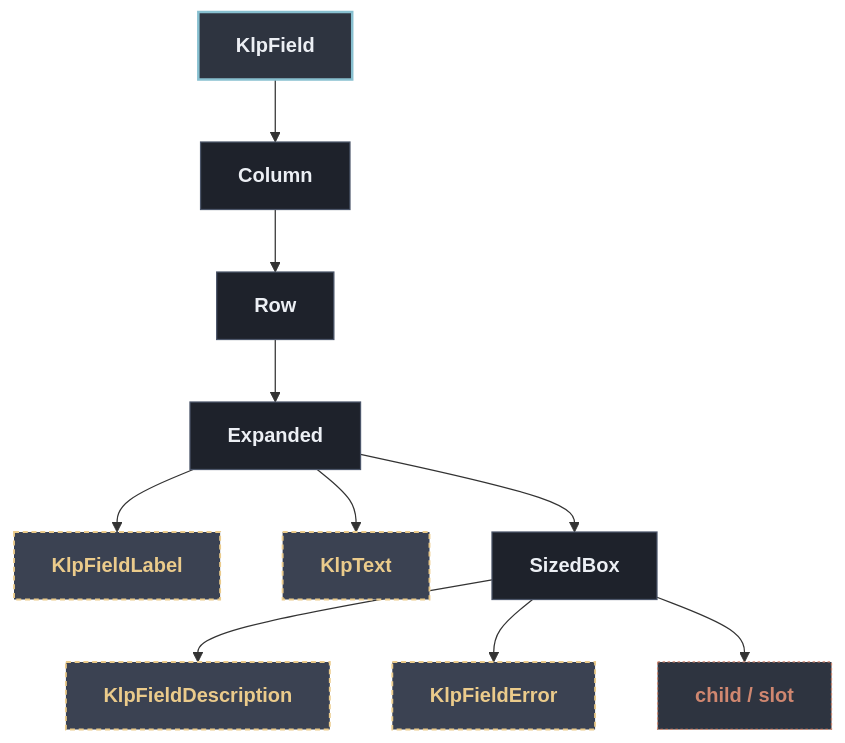
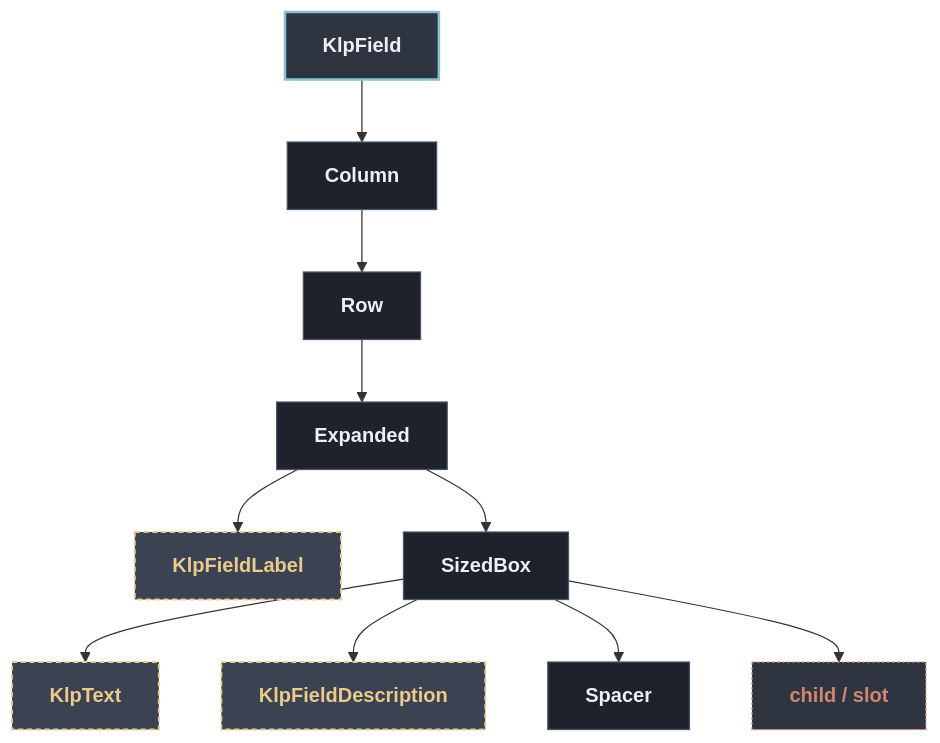
The diagram in docs/architecture/components/form/klp_field.md (MiuDog/Kallopis), drawn with Mermaid before and after one commit. The commit also changed other lines of this file and 123 other files, not shown here.

First line of the commit message:
docs(architecture): regenerate per-component trees, unbreak the generator

````diff
--- a/docs/architecture/components/form/klp_field.md
+++ b/docs/architecture/components/form/klp_field.md
@@ -13,28 +13,28 @@
 ```mermaid
 flowchart TD
   classDef default fill:#1E222B,stroke:#4C566A,stroke-width:1px,color:#ECEFF4;
   classDef root fill:#2E3440,stroke:#88C0D0,stroke-width:2px,color:#ECEFF4,font-weight:bold;
   classDef reference fill:#3B4252,stroke:#EBCB8B,stroke-width:1.5px,stroke-dasharray: 4 3,color:#EBCB8B;
   classDef container fill:#2E3440,stroke:#A3BE8C,stroke-width:1.5px,color:#A3BE8C;
   classDef slot fill:#2E3440,stroke:#D08770,stroke-width:1px,stroke-dasharray: 2 2,color:#D08770;
 
   root["KlpField"]:::root
   n1["Column"]
   root --> n1
   n2["Row"]
   n1 --> n2
   n3["Expanded"]
   n2 --> n3
   n4["KlpFieldLabel"]:::reference
   n3 --> n4
-  n5["KlpText"]:::reference
+  n5["SizedBox"]
   n3 --> n5
-  n6["SizedBox"]
-  n3 --> n6
+  n6["KlpText"]:::reference
+  n5 --> n6
   n7["KlpFieldDescription"]:::reference
-  n6 --> n7
-  n8["KlpFieldError"]:::reference
-  n6 --> n8
+  n5 --> n7
+  n8["Spacer"]
+  n5 --> n8
   n9["child / slot"]:::slot
-  n6 --> n9
+  n5 --> n9
 ```
````
